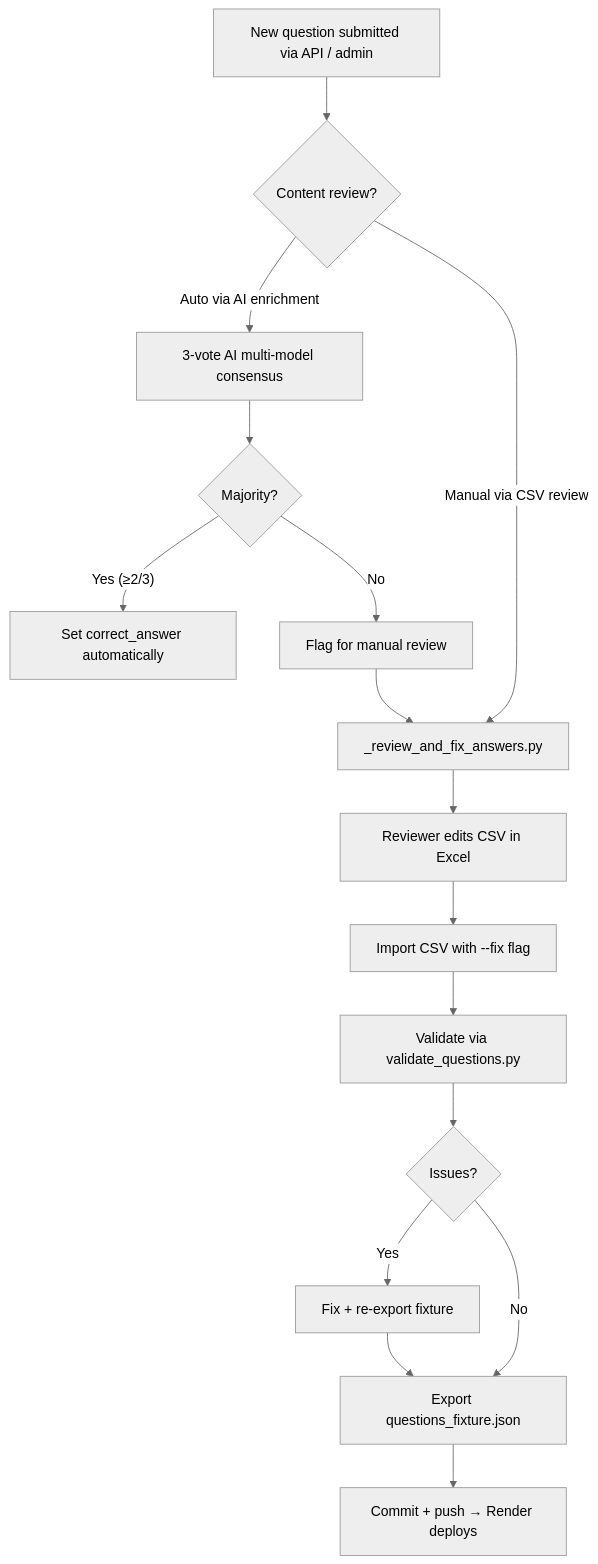
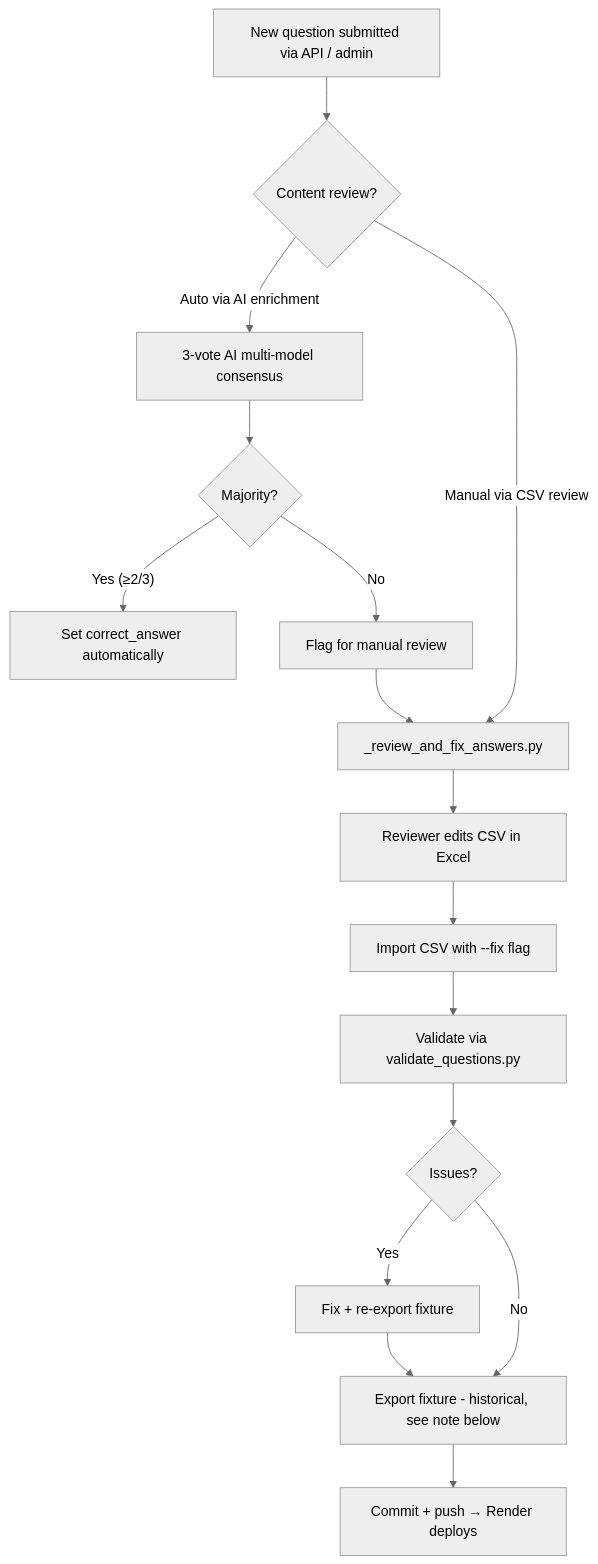
One commit to Divyanshu1Dubey/Crack_Me_AI changed the first of 2 diagrams in docs/ADMIN_SYSTEM.md. Above: the diagram before and after it, drawn with Mermaid (neutral theme). The commit also changed other lines of this file and 26 other files, not shown here.

````diff
--- a/docs/ADMIN_SYSTEM.md
+++ b/docs/ADMIN_SYSTEM.md
@@ -126,18 +126,18 @@
 ```mermaid
 flowchart TD
     A[New question submitted via API / admin] --> B{Content review?}
     B -- Auto via AI enrichment --> C[3-vote AI multi-model consensus]
     C --> D{Majority?}
     D -- Yes (≥2/3) --> E[Set correct_answer automatically]
     D -- No --> F[Flag for manual review]
     B -- Manual via CSV review --> G[_review_and_fix_answers.py]
     F --> G
     G --> H[Reviewer edits CSV in Excel]
     H --> I[Import CSV with --fix flag]
     I --> J[Validate via validate_questions.py]
     J --> K{Issues?}
     K -- Yes --> L[Fix + re-export fixture]
-    K -- No --> M[Export questions_fixture.json]
+    K -- No --> M[Export fixture - historical, see note below]
     L --> M
     M --> N[Commit + push → Render deploys]
 ```
````
